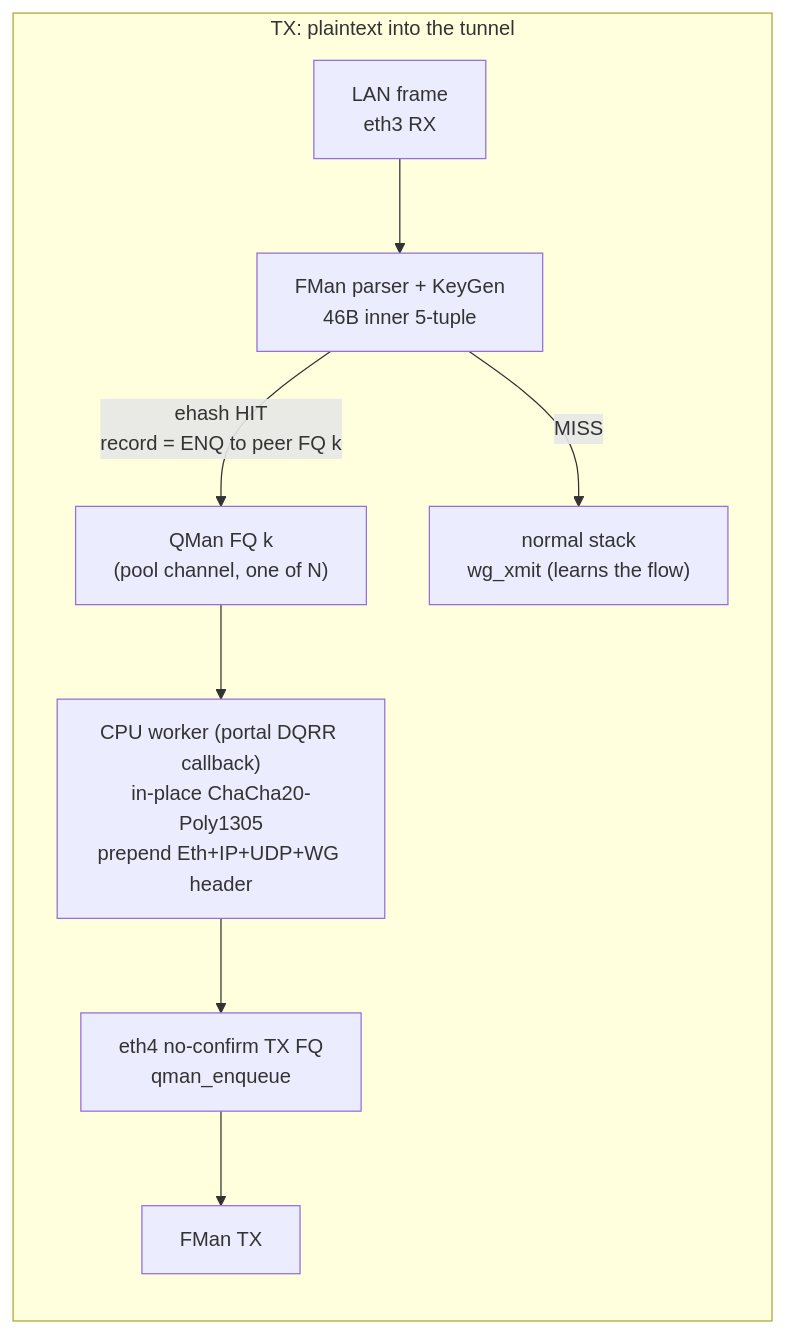
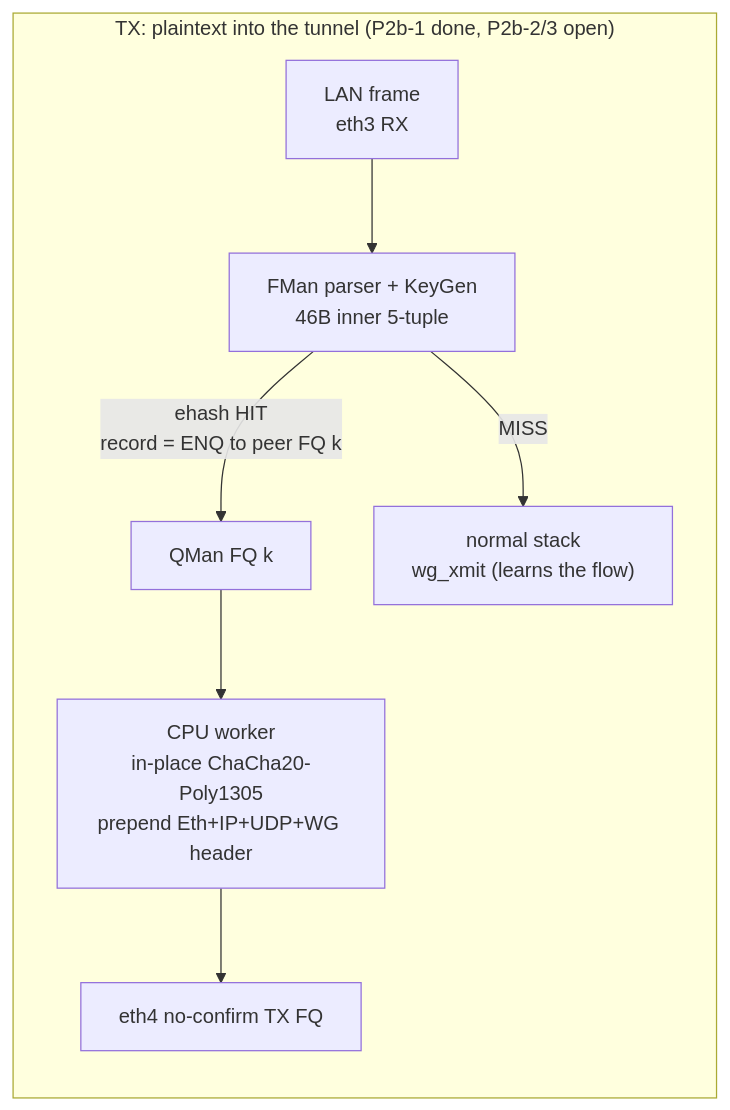
The first of 2 diagrams in plans/ASK2-WIREGUARD-FASTPATH-PLAN.md (mihakralj/vyos-ls1046a-build), drawn with Mermaid before and after one commit. The commit also changed other lines of this file and 58 other files, not shown here.

````diff
--- a/plans/ASK2-WIREGUARD-FASTPATH-PLAN.md
+++ b/plans/ASK2-WIREGUARD-FASTPATH-PLAN.md
@@ -31,11 +22,10 @@
 ```mermaid
 flowchart LR
-    subgraph TX["TX: plaintext into the tunnel"]
+    subgraph TX["TX: plaintext into the tunnel (P2b-1 done, P2b-2/3 open)"]
         A["LAN frame<br/>eth3 RX"] --> B["FMan parser + KeyGen<br/>46B inner 5-tuple"]
-        B -->|"ehash HIT<br/>record = ENQ to peer FQ k"| C["QMan FQ k<br/>(pool channel, one of N)"]
+        B -->|"ehash HIT<br/>record = ENQ to peer FQ k"| C["QMan FQ k"]
         B -->|"MISS"| S["normal stack<br/>wg_xmit (learns the flow)"]
-        C --> D["CPU worker (portal DQRR callback)<br/>in-place ChaCha20-Poly1305<br/>prepend Eth+IP+UDP+WG header"]
-        D --> E["eth4 no-confirm TX FQ<br/>qman_enqueue"]
-        E --> F["FMan TX"]
+        C --> D["CPU worker<br/>in-place ChaCha20-Poly1305<br/>prepend Eth+IP+UDP+WG header"]
+        D --> E["eth4 no-confirm TX FQ"]
     end
 ```
````
